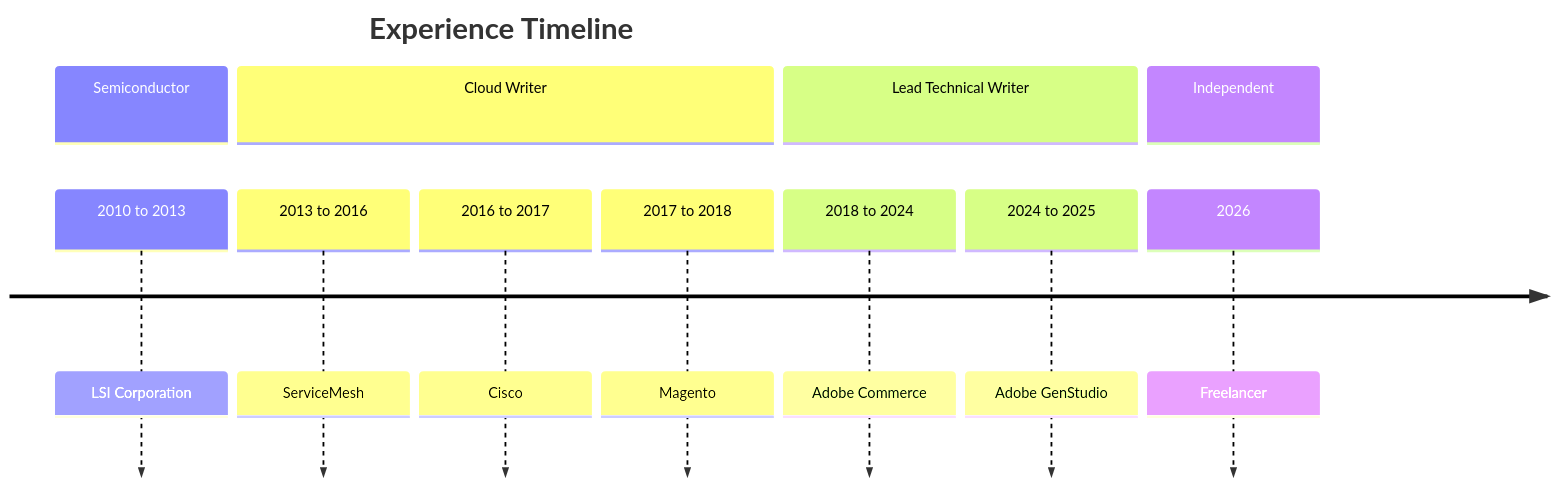
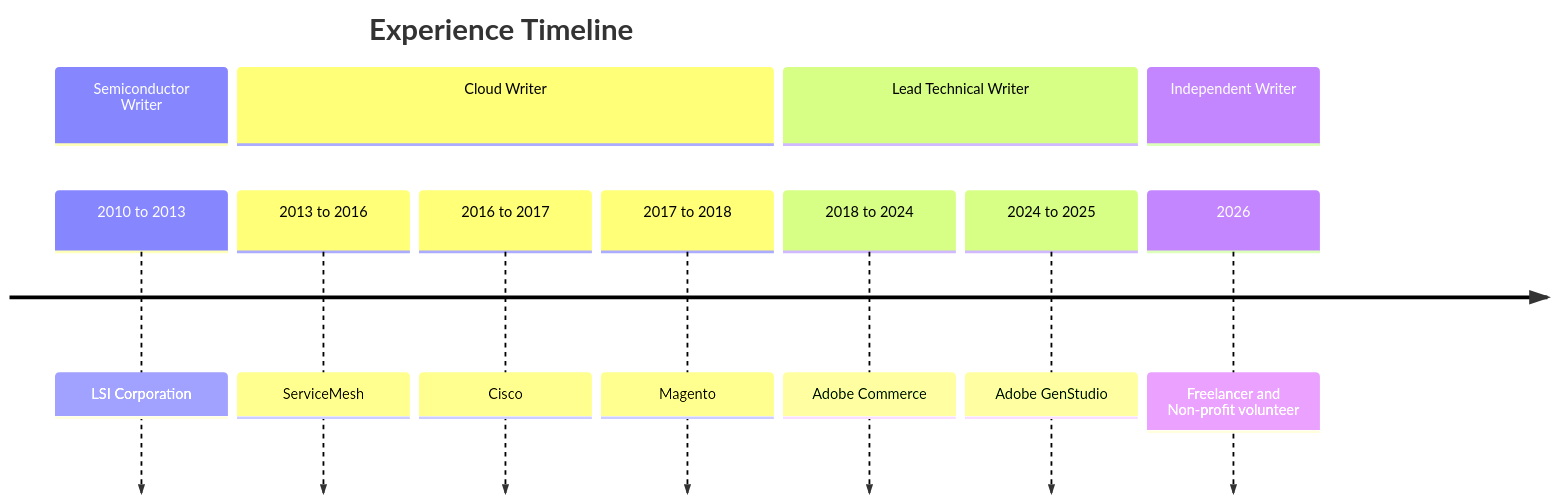
Before and after one commit to hguthrie/hguthrie.github.io: the diagram in docs/index.md, drawn with Mermaid. The commit also changed 2 other files, not shown here.

Commit message:
simplify the workflow

````diff
--- a/docs/index.md
+++ b/docs/index.md
@@ -52,15 +52,15 @@
 ```mermaid
 timeline
     title Experience Timeline
-    section Semiconductor
+    section Semiconductor Writer
     2010 to 2013 : LSI Corporation
     section Cloud Writer
         2013 to 2016 : ServiceMesh
         2016 to 2017 : Cisco
         2017 to 2018 : Magento
     section Lead Technical Writer
         2018 to 2024 : Adobe Commerce
         2024 to 2025 : Adobe GenStudio
-    section Independent
-        2026 : Freelancer
+    section Independent Writer
+        2026 : Freelancer and Non-profit volunteer
 ```
````
